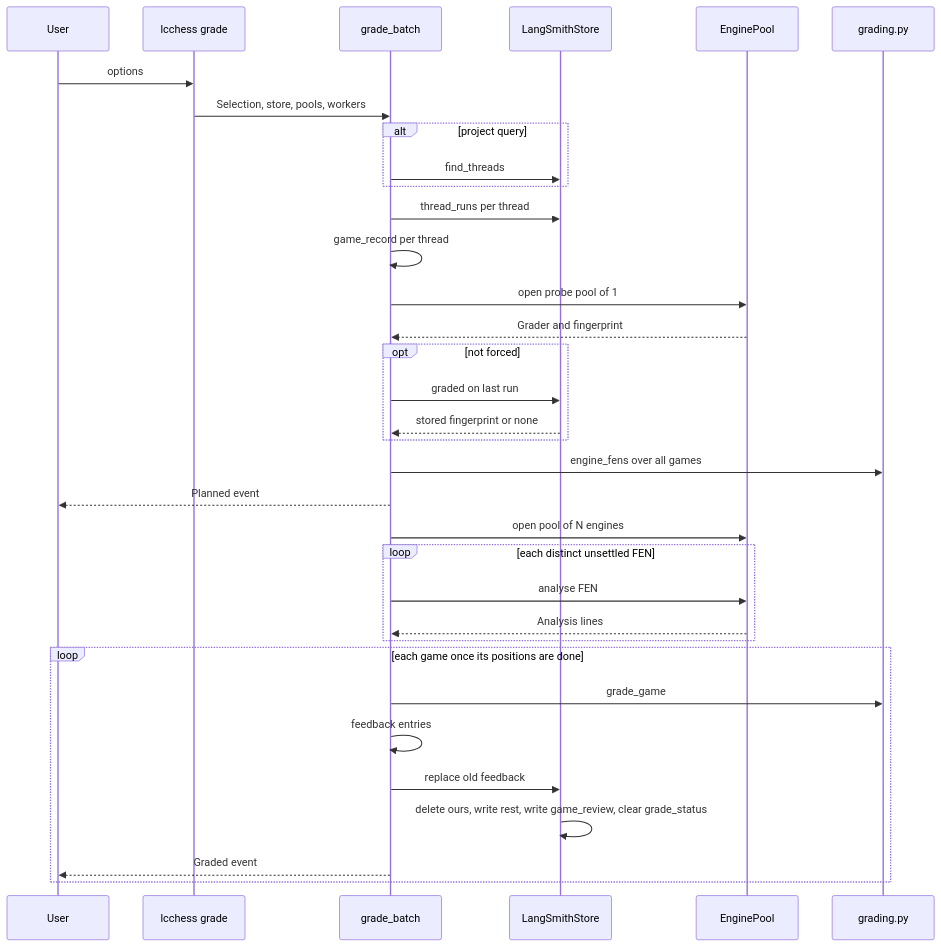
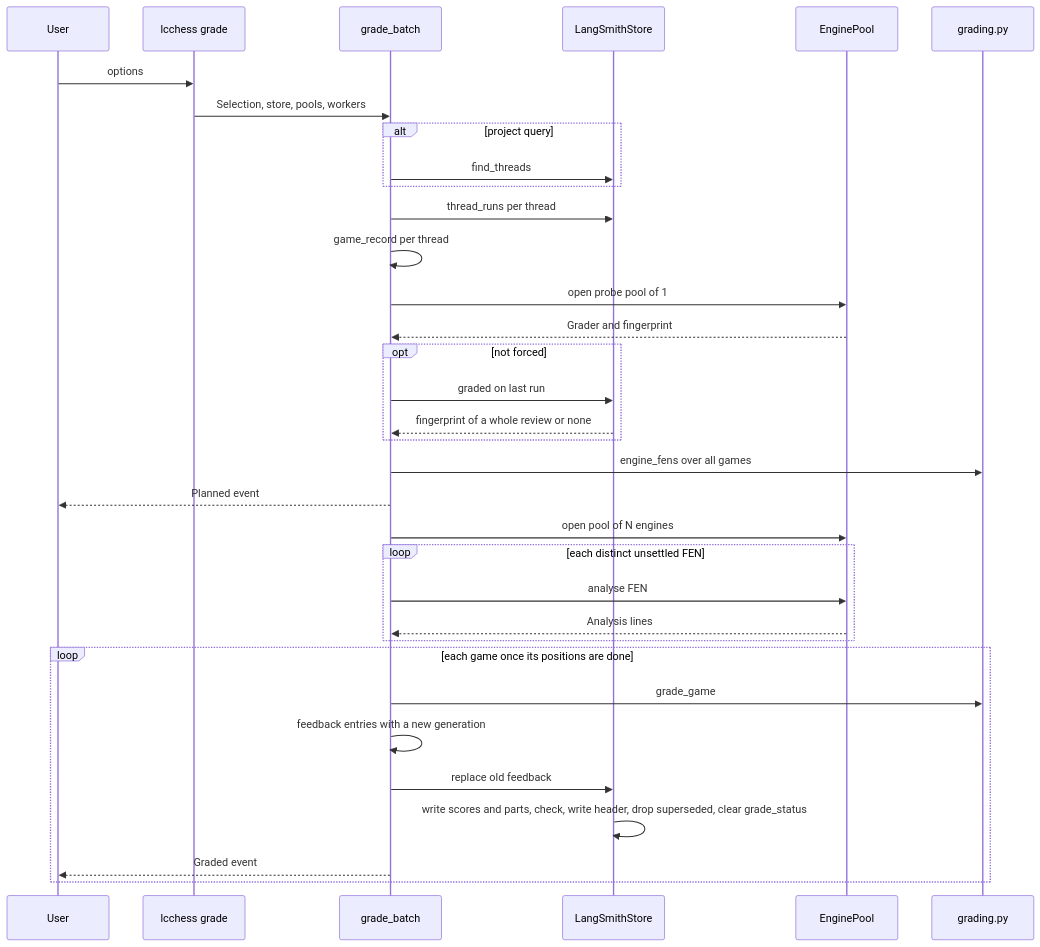
One commit to darieldatoon/langchain-chess changed the first of 2 diagrams in openwiki/workflows/grading-and-review.md. Above: the diagram before and after it, drawn with Mermaid. The commit also changed other lines of this file and 48 other files, not shown here.

````diff
--- a/openwiki/workflows/grading-and-review.md
+++ b/openwiki/workflows/grading-and-review.md
@@ -79,36 +81,36 @@
 ```mermaid
 sequenceDiagram
     participant User
     participant Cmd as lcchess grade
     participant Batch as grade_batch
     participant Store as LangSmithStore
     participant Pool as EnginePool
     participant Math as grading.py
     User->>Cmd: options
     Cmd->>Batch: Selection, store, pools, workers
     alt project query
         Batch->>Store: find_threads
     end
     Batch->>Store: thread_runs per thread
     Batch->>Batch: game_record per thread
     Batch->>Pool: open probe pool of 1
     Pool-->>Batch: Grader and fingerprint
     opt not forced
         Batch->>Store: graded on last run
-        Store-->>Batch: stored fingerprint or none
+        Store-->>Batch: fingerprint of a whole review or none
     end
     Batch->>Math: engine_fens over all games
     Batch-->>User: Planned event
     Batch->>Pool: open pool of N engines
     loop each distinct unsettled FEN
         Batch->>Pool: analyse FEN
         Pool-->>Batch: Analysis lines
     end
     loop each game once its positions are done
         Batch->>Math: grade_game
-        Batch->>Batch: feedback entries
+        Batch->>Batch: feedback entries with a new generation
         Batch->>Store: replace old feedback
-        Store->>Store: delete ours, write rest, write game_review, clear grade_status
+        Store->>Store: write scores and parts, check, write header, drop superseded, clear grade_status
         Batch-->>User: Graded event
     end
 ```
````
